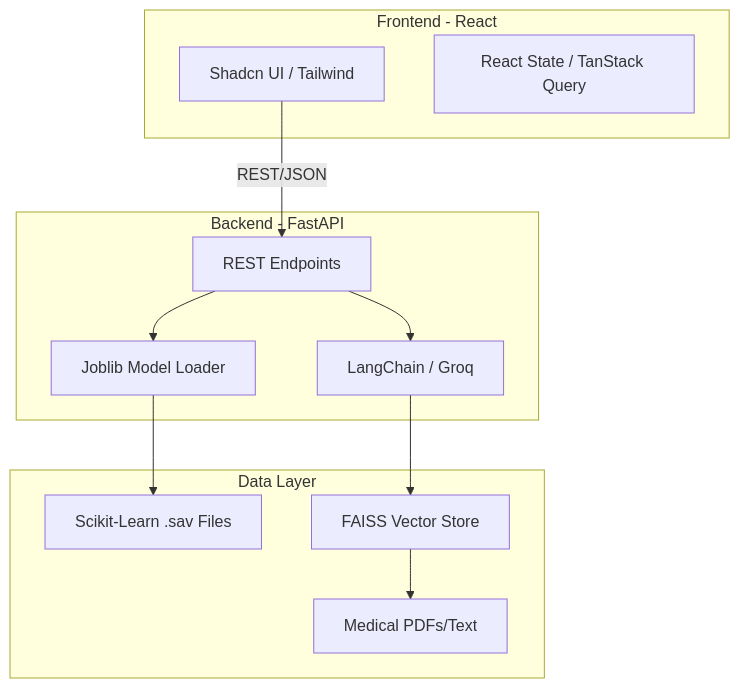
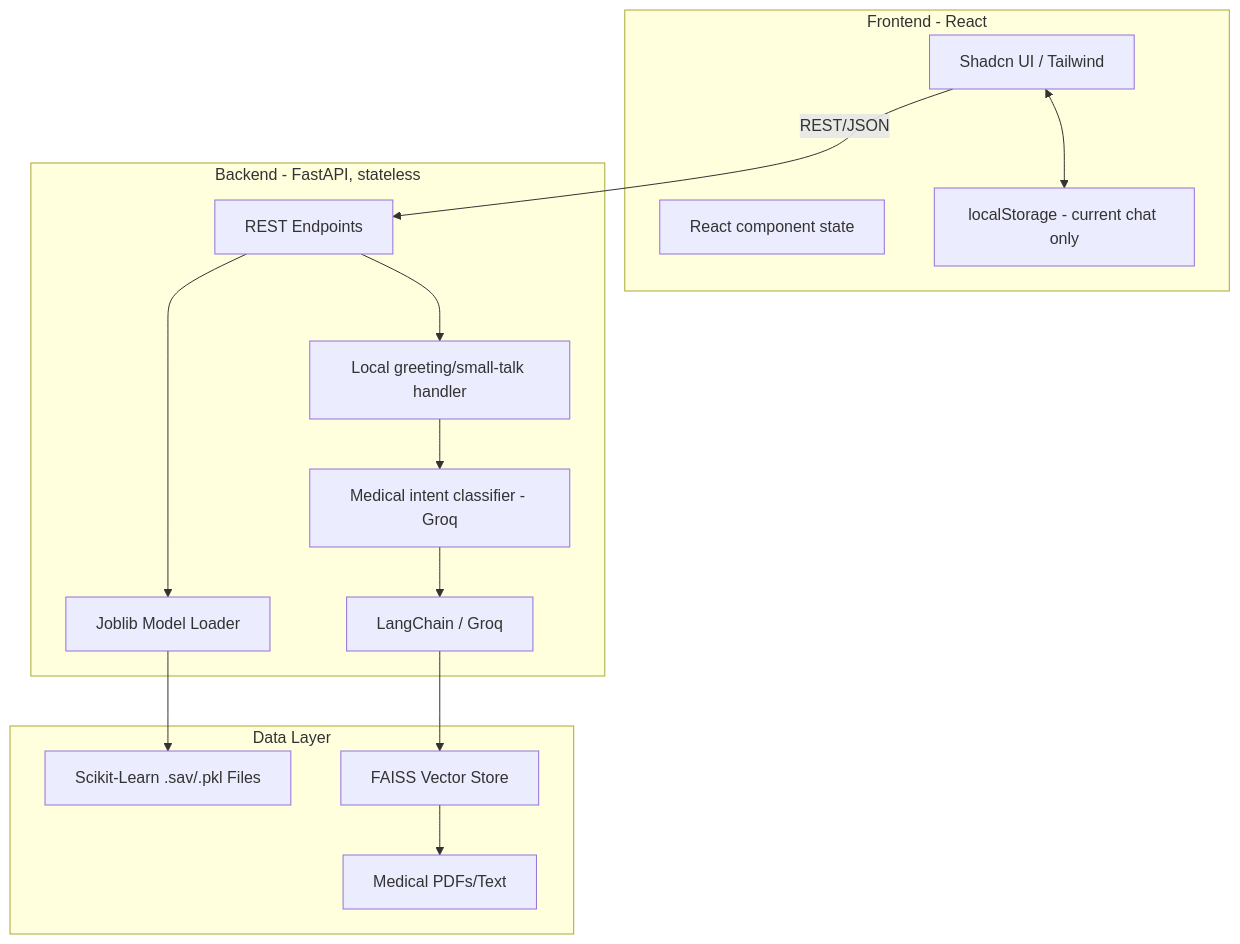
One commit to idaemrot/MediGuard-AI changed the diagram in README.md. Above: the diagram before and after it, drawn with Mermaid. The commit also changed other lines of this file, not shown here.

Commit message:
docs: update project README with expanded medical screening capabilities, refined RAG architecture, and improved API documentation.

````diff
--- a/README.md
+++ b/README.md
@@ -24,26 +25,32 @@
 ```mermaid
 graph TD
     subgraph Client [Frontend - React]
         UI[Shadcn UI / Tailwind]
-        State[React State / TanStack Query]
+        State[React component state]
+        LocalStore[localStorage - current chat only]
     end
 
-    subgraph Server [Backend - FastAPI]
+    subgraph Server [Backend - FastAPI, stateless]
         API[REST Endpoints]
         ML_Engine[Joblib Model Loader]
+        SmallTalk[Local greeting/small-talk handler]
+        Classifier[Medical intent classifier - Groq]
         RAG_Engine[LangChain / Groq]
     end
 
     subgraph Storage [Data Layer]
-        Models[Scikit-Learn .sav Files]
+        Models[Scikit-Learn .sav/.pkl Files]
         VectorDB[FAISS Vector Store]
         Docs[Medical PDFs/Text]
     end
 
     UI -->|REST/JSON| API
+    UI <--> LocalStore
     API --> ML_Engine
-    API --> RAG_Engine
+    API --> SmallTalk
+    SmallTalk --> Classifier
+    Classifier --> RAG_Engine
     ML_Engine --> Models
     RAG_Engine --> VectorDB
     VectorDB --> Docs
 ```
````
